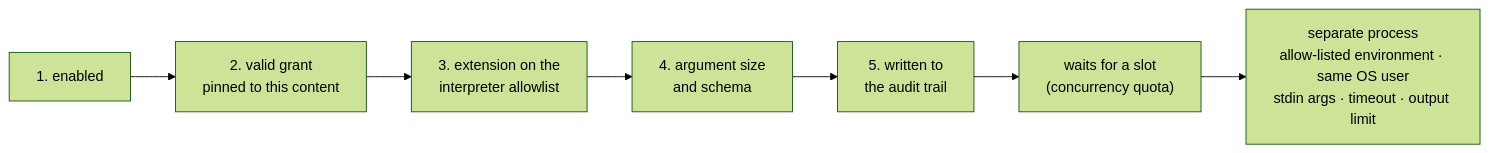
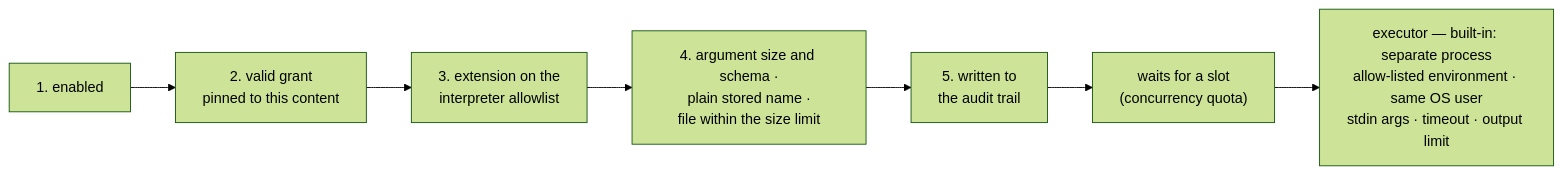
The diagram in docs-site/src/content/docs/concepts/tools.md (farukatasoy/Tracon), drawn with Mermaid (forest theme) before and after one commit. The commit also changed other lines of this file and 14 other files, not shown here.

Commit message:
docs(site): document the script executor seam and the file script size gate

````diff
--- a/docs-site/src/content/docs/concepts/tools.md
+++ b/docs-site/src/content/docs/concepts/tools.md
@@ -303,11 +306,11 @@
 ```mermaid
 flowchart LR
     accTitle: Skill script security gates
-    accDescr: A skill script runs only after the enabled flag, a tenant grant pinned to its content, the interpreter allowlist, argument validation and the audit write all pass in order; it then waits for a free slot under the concurrency quota.
+    accDescr: A skill script runs only after the enabled flag, a tenant grant pinned to its content, the interpreter allowlist, the argument, name and size checks, and the audit write all pass in order; it then waits for a free slot under the concurrency quota and goes to the registered executor.
     G1["1. enabled"] --> G2["2. valid grant<br/>pinned to this content"]
     G2 --> G3["3. extension on the<br/>interpreter allowlist"]
-    G3 --> G4["4. argument size<br/>and schema"]
+    G3 --> G4["4. argument size and schema ·<br/>plain stored name ·<br/>file within the size limit"]
     G4 --> G5["5. written to<br/>the audit trail"]
     G5 --> Q["waits for a slot<br/>(concurrency quota)"]
-    Q --> RUN["separate process<br/>allow-listed environment · same OS user<br/>stdin args · timeout · output limit"]
+    Q --> RUN["executor — built-in: separate process<br/>allow-listed environment · same OS user<br/>stdin args · timeout · output limit"]
 ```
````
